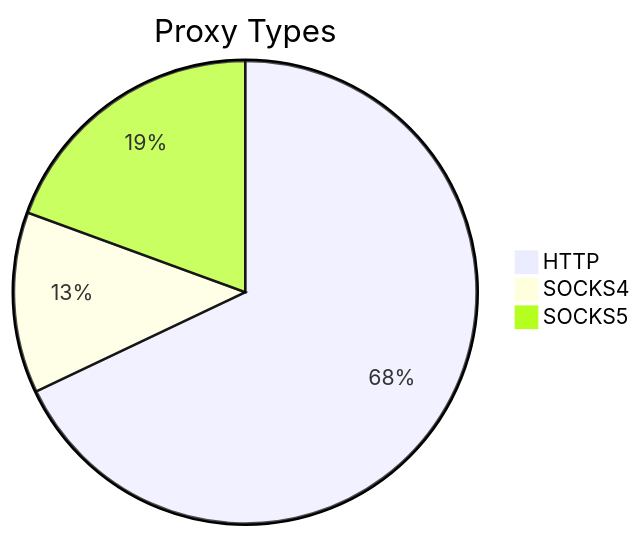
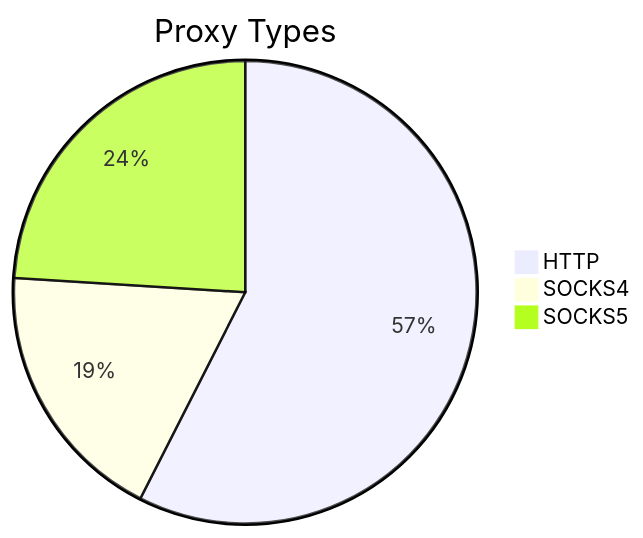
Before and after one commit to stormsia/proxy-list: the first of 2 diagrams in README.md, drawn with Mermaid. The commit also changed other lines of this file, not shown here.

````diff
--- a/README.md
+++ b/README.md
@@ -21,6 +21,6 @@
 ```mermaid
 pie title Proxy Types
-    "HTTP" : 371
-    "SOCKS4" : 69
-    "SOCKS5" : 106
+    "HTTP" : 407
+    "SOCKS4" : 131
+    "SOCKS5" : 170
 ```
````
